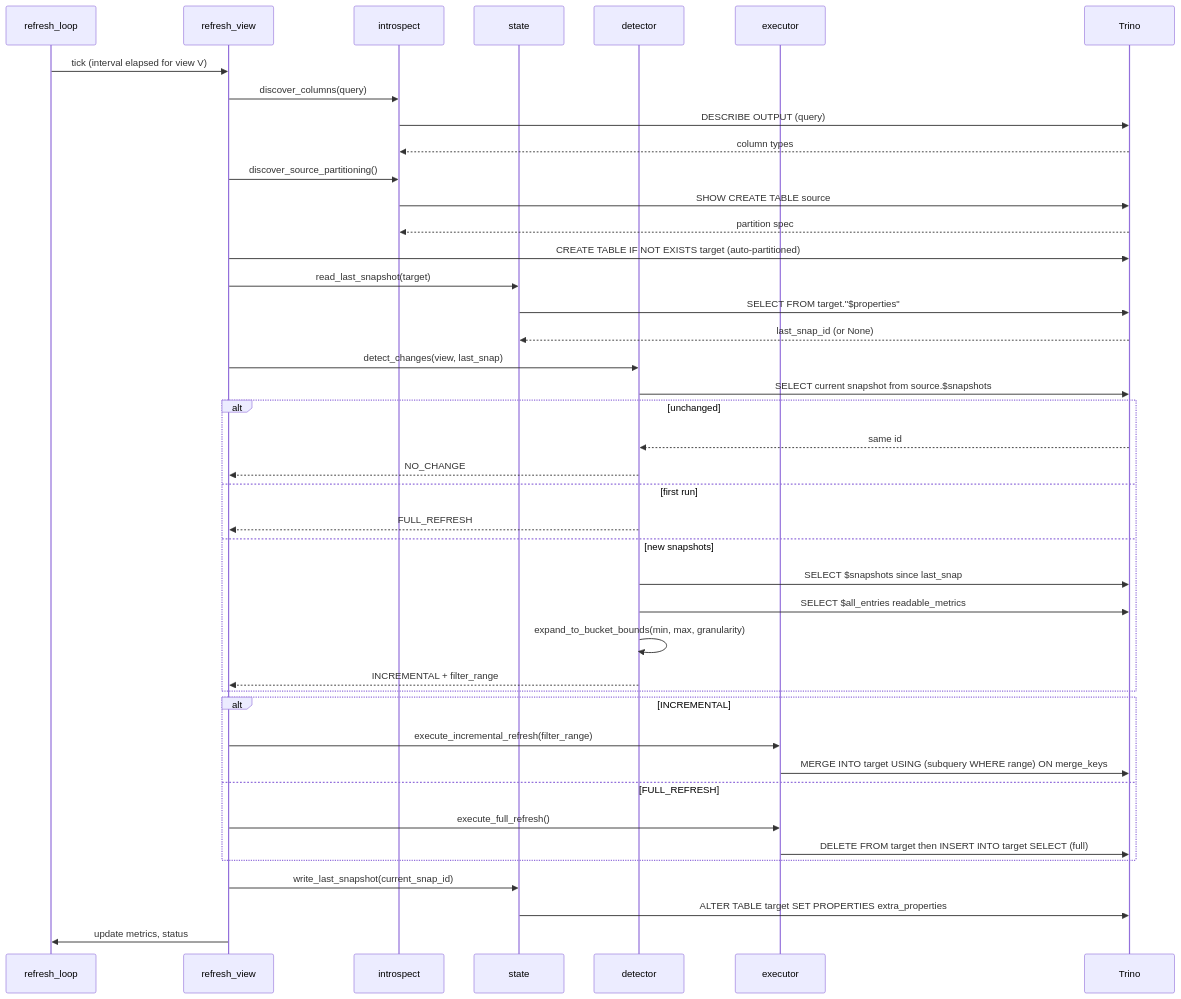
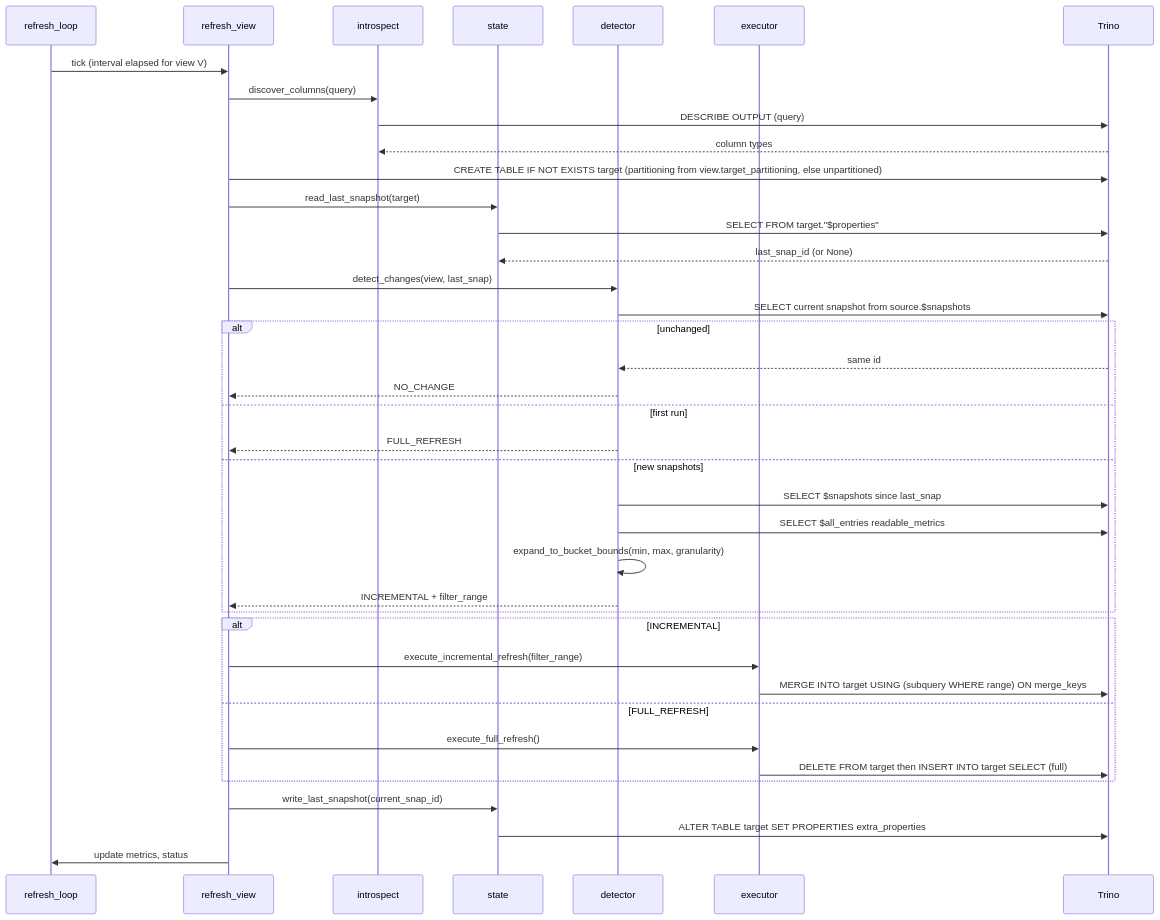
The fourth of 11 diagrams in LEARNING_GUIDE.md (jonasbrami/iceberg-ivm), drawn with Mermaid before and after one commit. The commit also changed 5 other files, not shown here.

````diff
--- a/LEARNING_GUIDE.md
+++ b/LEARNING_GUIDE.md
@@ -89,49 +89,46 @@
 ```mermaid
 sequenceDiagram
     participant L as refresh_loop
     participant R as refresh_view
     participant I as introspect
     participant ST as state
     participant D as detector
     participant E as executor
     participant T as Trino
 
     L->>R: tick (interval elapsed for view V)
     R->>I: discover_columns(query)
     I->>T: DESCRIBE OUTPUT (query)
     T-->>I: column types
-    R->>I: discover_source_partitioning()
-    I->>T: SHOW CREATE TABLE source
-    T-->>I: partition spec
-    R->>T: CREATE TABLE IF NOT EXISTS target (auto-partitioned)
+    R->>T: CREATE TABLE IF NOT EXISTS target (partitioning from view.target_partitioning, else unpartitioned)
 
     R->>ST: read_last_snapshot(target)
     ST->>T: SELECT FROM target."$properties"
     T-->>ST: last_snap_id (or None)
 
     R->>D: detect_changes(view, last_snap)
     D->>T: SELECT current snapshot from source.$snapshots
     alt unchanged
         T-->>D: same id
         D-->>R: NO_CHANGE
     else first run
         D-->>R: FULL_REFRESH
     else new snapshots
         D->>T: SELECT $snapshots since last_snap
         D->>T: SELECT $all_entries readable_metrics
         D->>D: expand_to_bucket_bounds(min, max, granularity)
         D-->>R: INCREMENTAL + filter_range
     end
 
     alt INCREMENTAL
         R->>E: execute_incremental_refresh(filter_range)
         E->>T: MERGE INTO target USING (subquery WHERE range) ON merge_keys
     else FULL_REFRESH
         R->>E: execute_full_refresh()
         E->>T: DELETE FROM target then INSERT INTO target SELECT (full)
     end
 
     R->>ST: write_last_snapshot(current_snap_id)
     ST->>T: ALTER TABLE target SET PROPERTIES extra_properties
     R->>L: update metrics, status
 ```
````
